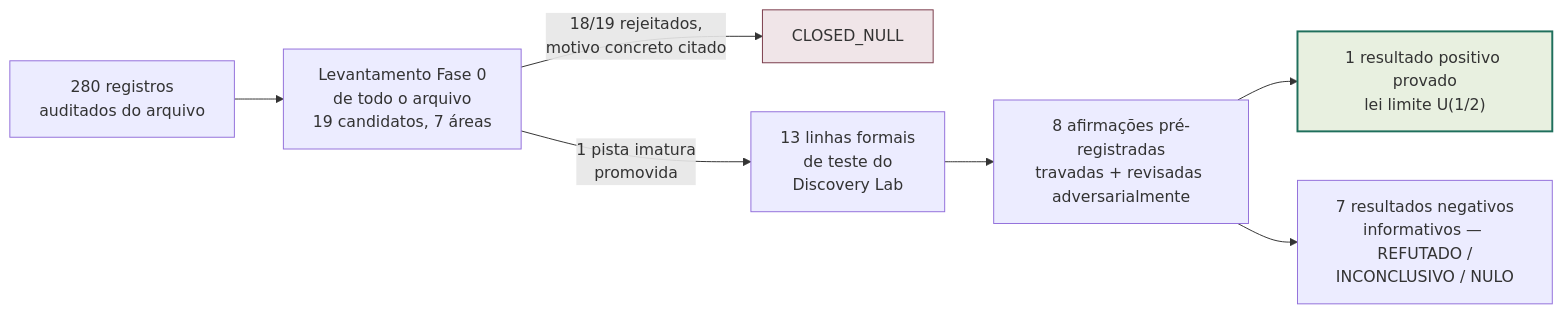
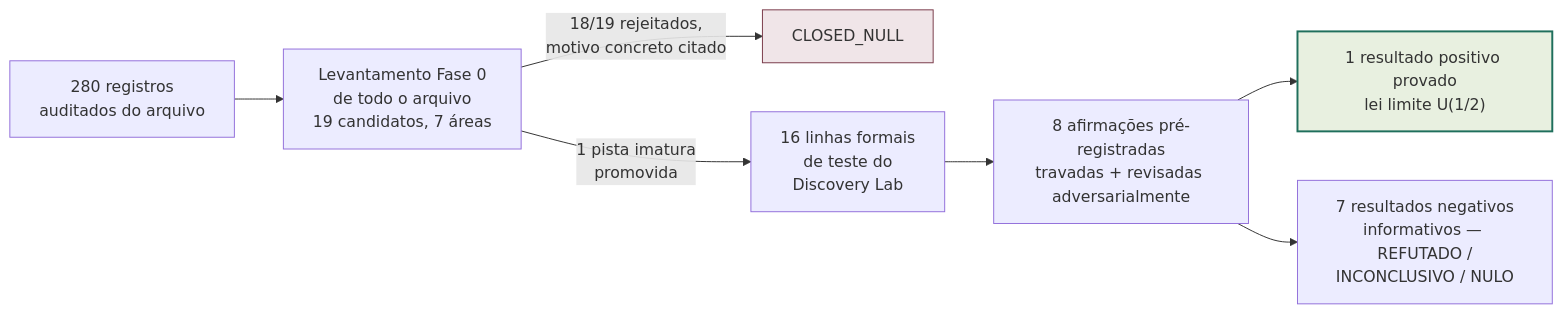
The first of 4 diagrams in README_PTBR.md (dougdotcon/TamesisTheoryCompleteResearchArchive), drawn with Mermaid before and after one commit. The commit also changed other lines of this file and 5 other files, not shown here.

````diff
--- a/README_PTBR.md
+++ b/README_PTBR.md
@@ -43,11 +43,11 @@
 ```mermaid
 flowchart LR
     R[280 registros<br/>auditados do arquivo] --> S[Levantamento Fase 0<br/>de todo o arquivo<br/>19 candidatos, 7 áreas]
     S -->|18/19 rejeitados,<br/>motivo concreto citado| N1[CLOSED_NULL]
-    S -->|1 pista imatura<br/>promovida| L13[13 linhas formais<br/>de teste do<br/>Discovery Lab]
+    S -->|1 pista imatura<br/>promovida| L13[16 linhas formais<br/>de teste do<br/>Discovery Lab]
     L13 --> C8[8 afirmações pré-registradas<br/>travadas + revisadas adversarialmente]
     C8 --> V1["1 resultado positivo provado<br/>lei limite U(1/2)"]
     C8 --> V2[7 resultados negativos<br/>informativos — REFUTADO /<br/>INCONCLUSIVO / NULO]
     style V1 fill:#e8f0e0,stroke:#1f6f5c,stroke-width:2px
     style N1 fill:#f0e5e8,stroke:#7a3b4a
 ```
````
